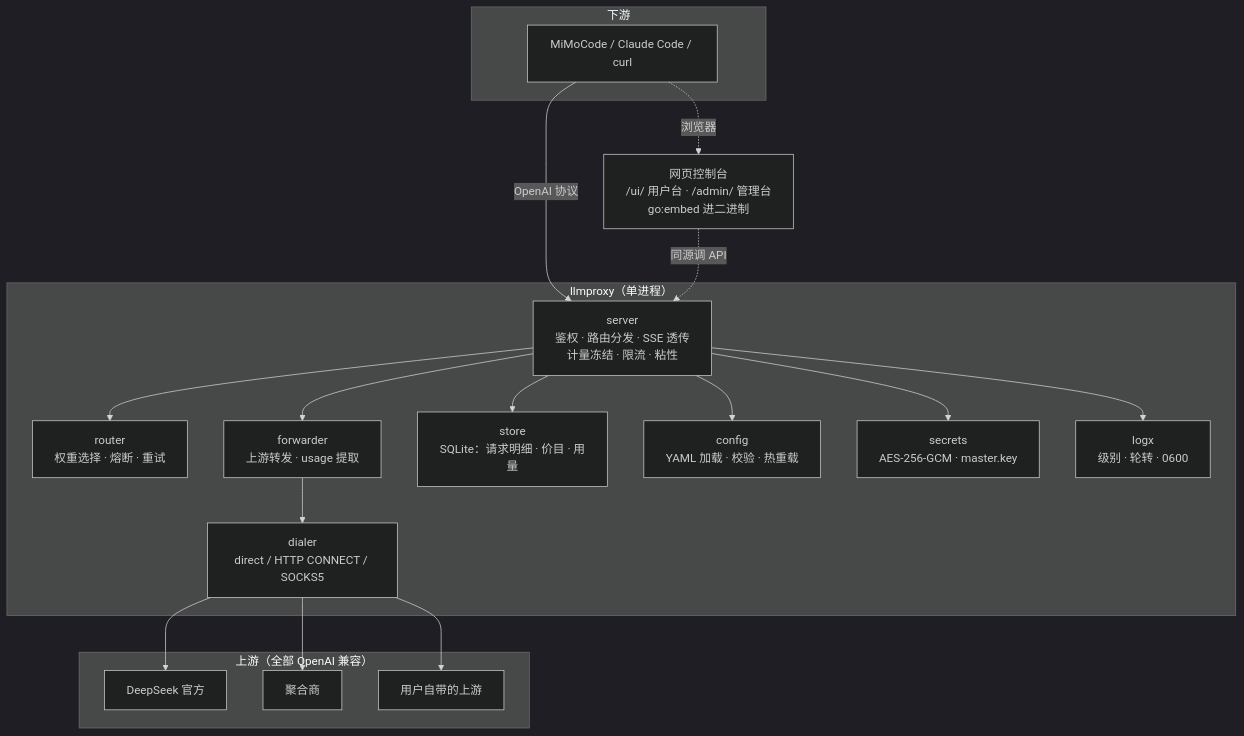
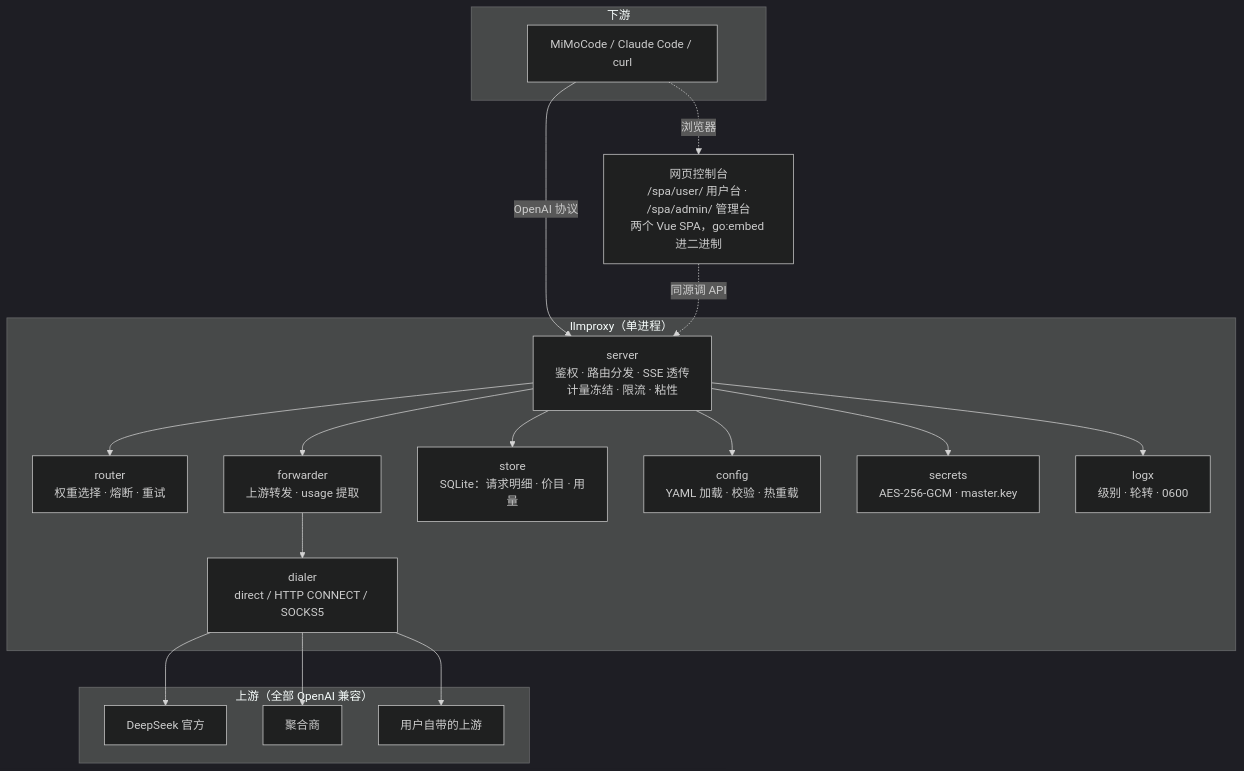
One commit to mynet-club/net-tools changed the first of 2 diagrams in llmproxy/docs/OVERVIEW.md. Above: the diagram before and after it, drawn with Mermaid (dark theme). The commit also changed other lines of this file and 3 other files, not shown here.

````diff
--- a/llmproxy/docs/OVERVIEW.md
+++ b/llmproxy/docs/OVERVIEW.md
@@ -168,39 +168,39 @@
 ```mermaid
 graph TB
     subgraph DOWN["下游"]
         C1["MiMoCode / Claude Code / curl"]
     end
 
     subgraph PROC["llmproxy（单进程）"]
         S["server<br/>鉴权 · 路由分发 · SSE 透传<br/>计量冻结 · 限流 · 粘性"]
         R["router<br/>权重选择 · 熔断 · 重试"]
         F["forwarder<br/>上游转发 · usage 提取"]
         D["dialer<br/>direct / HTTP CONNECT / SOCKS5"]
         ST["store<br/>SQLite：请求明细 · 价目 · 用量"]
         CF["config<br/>YAML 加载 · 校验 · 热重载"]
         SE["secrets<br/>AES-256-GCM · master.key"]
         LX["logx<br/>级别 · 轮转 · 0600"]
     end
 
     subgraph UP["上游（全部 OpenAI 兼容）"]
         U1["DeepSeek 官方"]
         U2["聚合商"]
         U3["用户自带的上游"]
     end
 
-    UI["网页控制台<br/>/ui/ 用户台 · /admin/ 管理台<br/>go:embed 进二进制"]
+    UI["网页控制台<br/>/spa/user/ 用户台 · /spa/admin/ 管理台<br/>两个 Vue SPA，go:embed 进二进制"]
 
     C1 -->|"OpenAI 协议"| S
     S --> R
     S --> F
     F --> D
     D --> U1
     D --> U2
     D --> U3
     S --> ST
     S --> CF
     S --> SE
     S --> LX
     C1 -. "浏览器" .-> UI
     UI -. "同源调 API" .-> S
 ```
````
